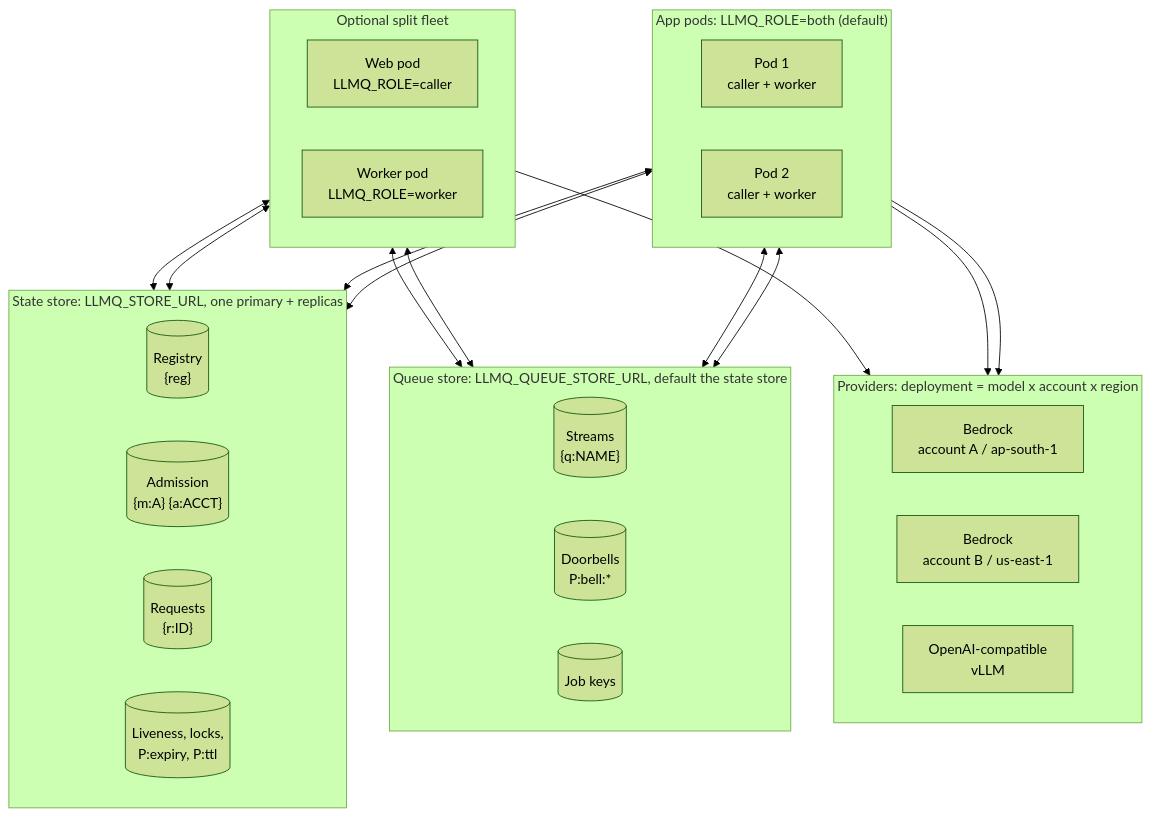
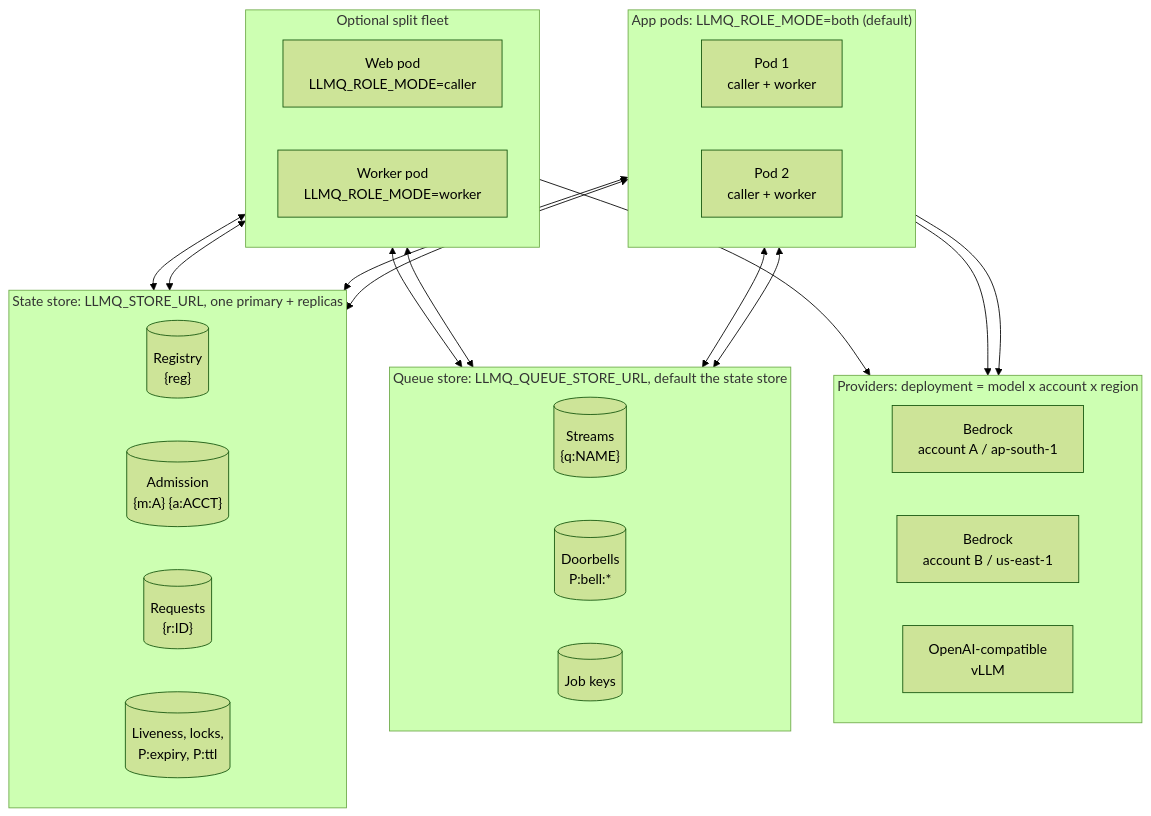
One commit to techiewonk/llm-queue changed the first of 3 diagrams in docs/explanation/architecture.md. Above: the diagram before and after it, drawn with Mermaid (forest theme). The commit also changed other lines of this file and 64 other files, not shown here.

````diff
--- a/docs/explanation/architecture.md
+++ b/docs/explanation/architecture.md
@@ -56,35 +56,35 @@
 ```mermaid
 flowchart TB
-  subgraph app["App pods: LLMQ_ROLE=both (default)"]
+  subgraph app["App pods: LLMQ_ROLE_MODE=both (default)"]
     direction LR
     p1["Pod 1<br/>caller + worker"]
     p2["Pod 2<br/>caller + worker"]
   end
   subgraph split["Optional split fleet"]
     direction LR
-    c1["Web pod<br/>LLMQ_ROLE=caller"]
-    w1["Worker pod<br/>LLMQ_ROLE=worker"]
+    c1["Web pod<br/>LLMQ_ROLE_MODE=caller"]
+    w1["Worker pod<br/>LLMQ_ROLE_MODE=worker"]
   end
   subgraph ss["State store: LLMQ_STORE_URL, one primary + replicas"]
     direction LR
     reg[("Registry<br/>{reg}")]
     adm[("Admission<br/>{m:A} {a:ACCT}")]
     req[("Requests<br/>{r:ID}")]
     misc[("Liveness, locks,<br/>P:expiry, P:ttl")]
   end
   subgraph qs["Queue store: LLMQ_QUEUE_STORE_URL, default the state store"]
     direction LR
     q[("Streams<br/>{q:NAME}")]
     bell[("Doorbells<br/>P:bell:*")]
     jobs[("Job keys")]
   end
   subgraph prov["Providers: deployment = model x account x region"]
     direction LR
     d1["Bedrock<br/>account A / ap-south-1"]
     d2["Bedrock<br/>account B / us-east-1"]
     d3["OpenAI-compatible<br/>vLLM"]
   end
   p1 & p2 & c1 & w1 <--> ss
   p1 & p2 & c1 & w1 <--> qs
   p1 & p2 & w1 --> prov
 ```
````
